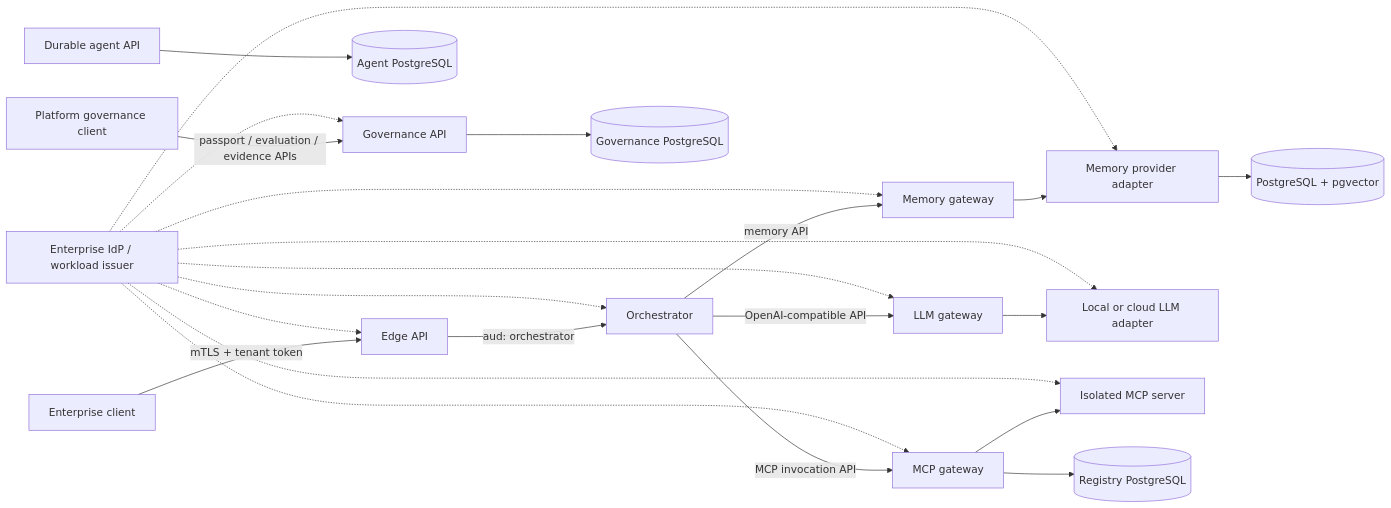
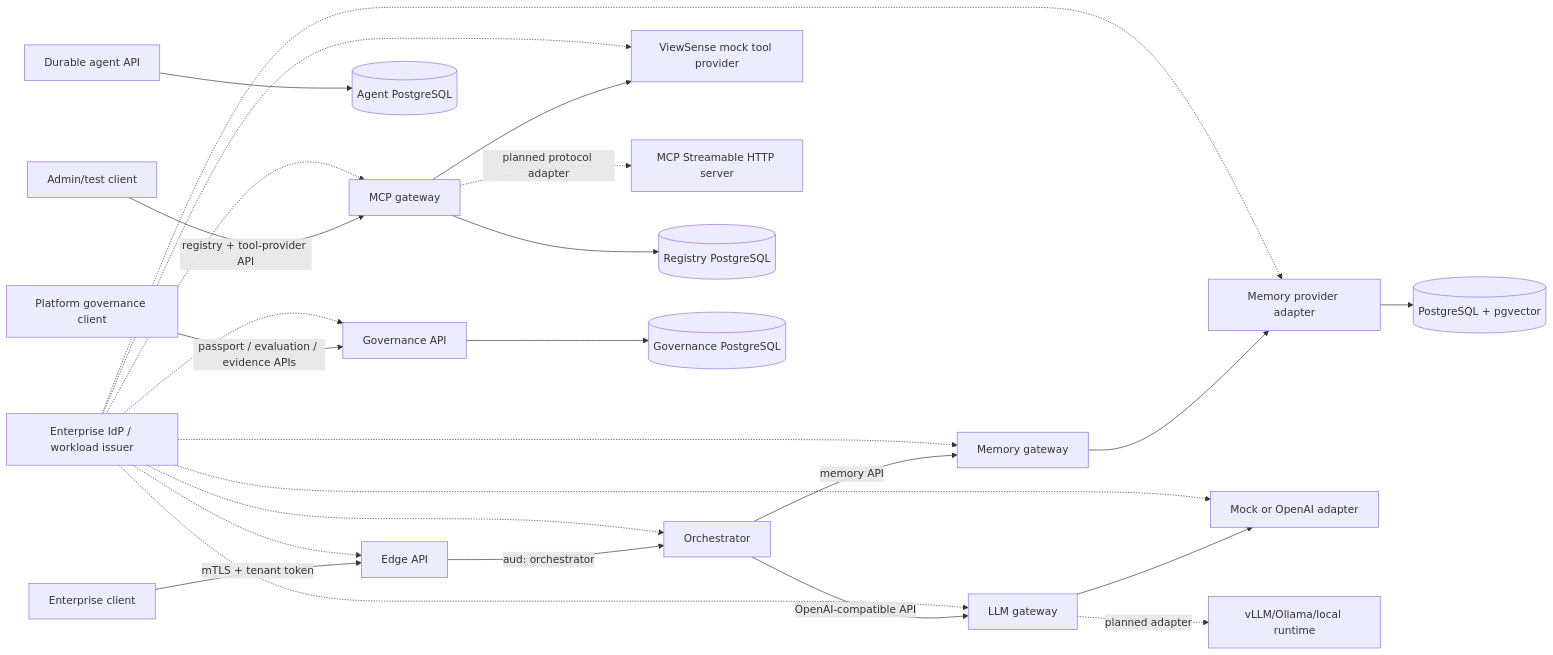
One commit to diaryfolio/aiops-fabric changed the diagram in TECHNICAL_README.md. Above: the diagram before and after it, drawn with Mermaid. The commit also changed other lines of this file and 44 other files, not shown here.

````diff
--- a/TECHNICAL_README.md
+++ b/TECHNICAL_README.md
@@ -28,17 +28,19 @@
 ```mermaid
 flowchart LR
     C["Enterprise client"] -->|"mTLS + tenant token"| G["Edge API"]
     G -->|"aud: orchestrator"| O["Orchestrator"]
     O -->|"memory API"| MG["Memory gateway"]
     O -->|"OpenAI-compatible API"| LG["LLM gateway"]
-    O -->|"MCP invocation API"| XG["MCP gateway"]
+    T["Admin/test client"] -->|"registry + tool-provider API"| XG["MCP gateway"]
     AR["Durable agent API"] --> AGDB[("Agent PostgreSQL")]
     A["Platform governance client"] -->|"passport / evaluation / evidence APIs"| V["Governance API"]
     MG --> MP["Memory provider adapter"]
-    LG --> LP["Local or cloud LLM adapter"]
-    XG --> XP["Isolated MCP server"]
+    LG --> LP["Mock or OpenAI adapter"]
+    XG --> XP["ViewSense mock tool provider"]
+    LG -. "planned adapter" .-> Local["vLLM/Ollama/local runtime"]
+    XG -. "planned protocol adapter" .-> NativeMCP["MCP Streamable HTTP server"]
     MP --> PGV[("PostgreSQL + pgvector")]
     XG --> PGR[("Registry PostgreSQL")]
     V --> PG[("Governance PostgreSQL")]
     I["Enterprise IdP / workload issuer"] -.-> G & O & MG & LG & XG & V & MP & LP & XP
 ```
````
